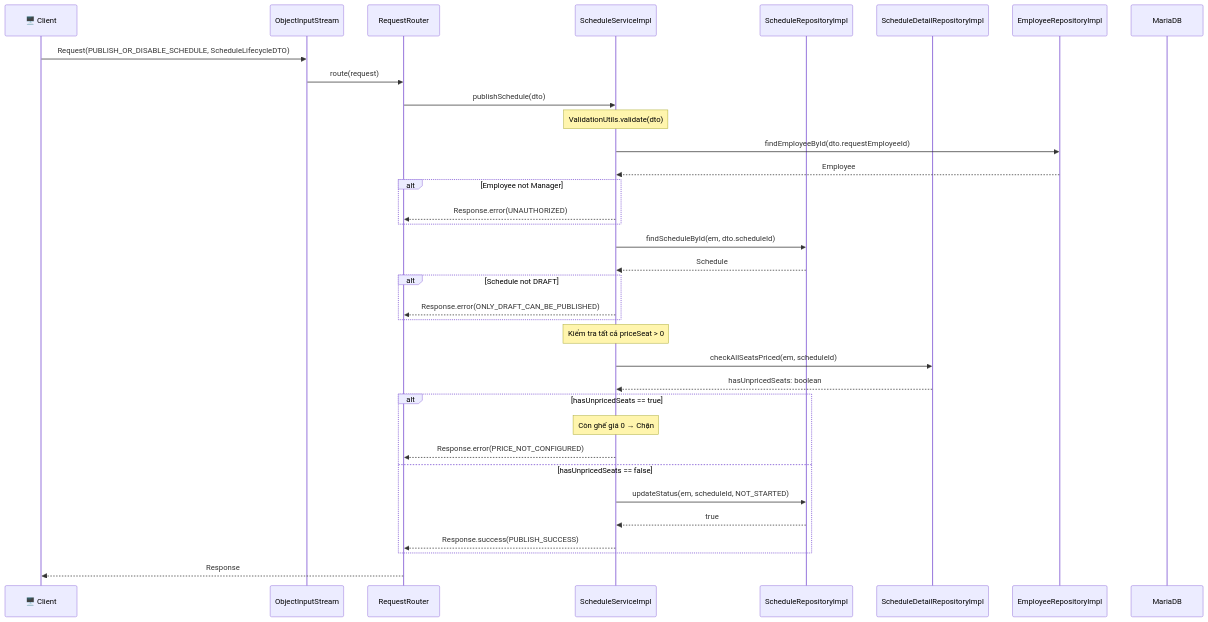
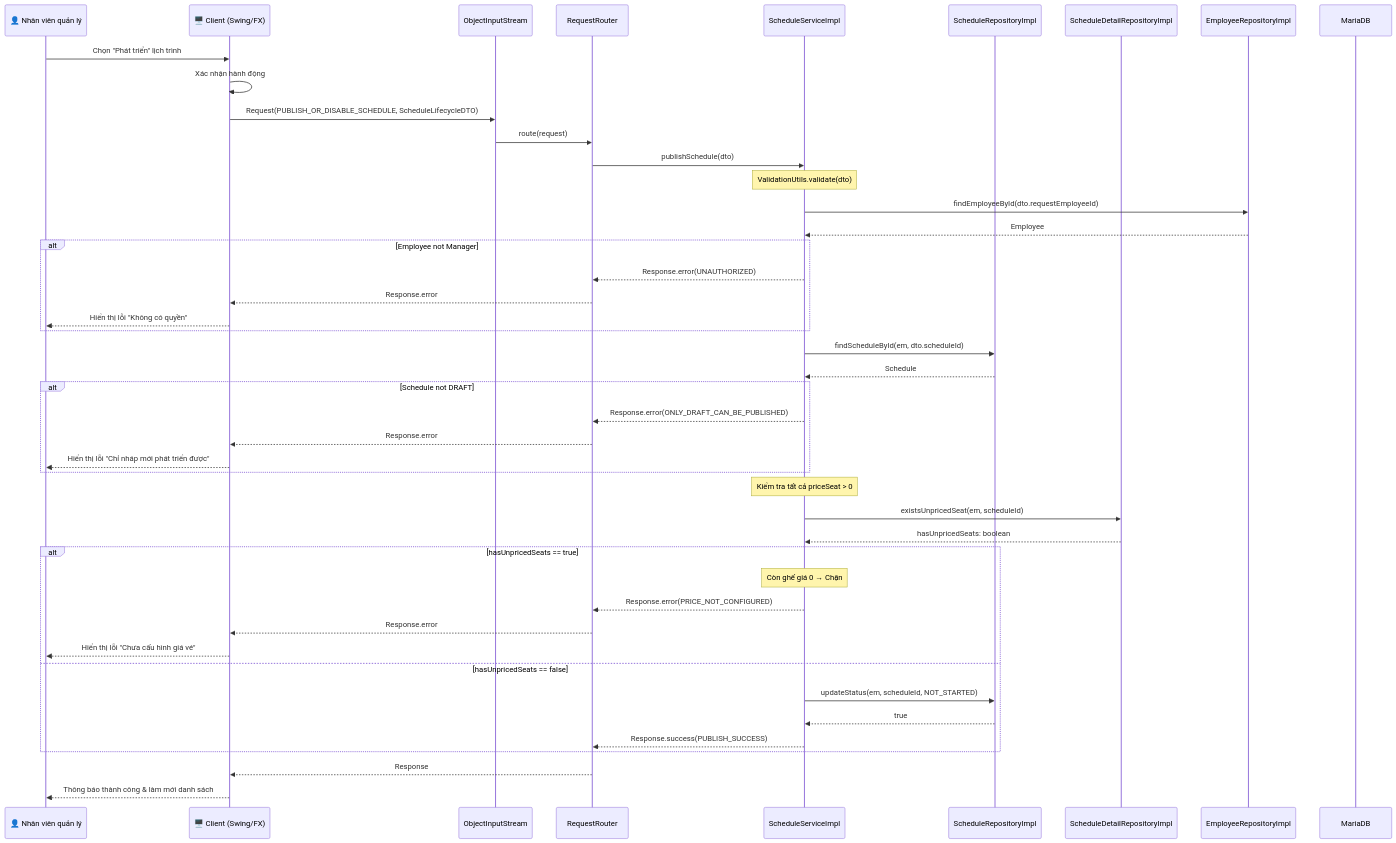
One commit to Distributed-Programing-Project/railway-reservation-system-server changed the third of 4 diagrams in docs/diagrams/sequence/uc008-vo-hieu-hoa-va-phat-trien-lich-trinh.md. Above: the diagram before and after it, drawn with Mermaid. The commit also changed other lines of this file, not shown here.

First line of the commit message:
fix(diagram): add User and UI layers to sequence diagrams, add response feedback

````diff
--- a/docs/diagrams/sequence/uc008-vo-hieu-hoa-va-phat-trien-lich-trinh.md
+++ b/docs/diagrams/sequence/uc008-vo-hieu-hoa-va-phat-trien-lich-trinh.md
@@ -129,45 +140,55 @@
 ```mermaid
 sequenceDiagram
-    participant Client as 🖥️ Client
+    participant User as 👤 Nhân viên quản lý
+    participant UI as 🖥️ Client (Swing/FX)
     participant OIS as ObjectInputStream
     participant RR as RequestRouter
     participant SS as ScheduleServiceImpl
     participant SR as ScheduleRepositoryImpl
     participant SDR as ScheduleDetailRepositoryImpl
     participant ER as EmployeeRepositoryImpl
     participant DB as MariaDB
 
-    Client->>OIS: Request(PUBLISH_OR_DISABLE_SCHEDULE, ScheduleLifecycleDTO)
+    User->>UI: Chọn "Phát triển" lịch trình
+    UI->>UI: Xác nhận hành động
+    UI->>OIS: Request(PUBLISH_OR_DISABLE_SCHEDULE, ScheduleLifecycleDTO)
     OIS->>RR: route(request)
     RR->>SS: publishSchedule(dto)
 
     Note over SS: ValidationUtils.validate(dto)
     SS->>ER: findEmployeeById(dto.requestEmployeeId)
     ER-->>SS: Employee
 
     alt Employee not Manager
         SS-->>RR: Response.error(UNAUTHORIZED)
+        RR-->>UI: Response.error
+        UI-->>User: Hiển thị lỗi "Không có quyền"
     end
 
     SS->>SR: findScheduleById(em, dto.scheduleId)
     SR-->>SS: Schedule
 
     alt Schedule not DRAFT
         SS-->>RR: Response.error(ONLY_DRAFT_CAN_BE_PUBLISHED)
+        RR-->>UI: Response.error
+        UI-->>User: Hiển thị lỗi "Chỉ nháp mới phát triển được"
     end
 
     Note over SS: Kiểm tra tất cả priceSeat > 0
-    SS->>SDR: checkAllSeatsPriced(em, scheduleId)
+    SS->>SDR: existsUnpricedSeat(em, scheduleId)
     SDR-->>SS: hasUnpricedSeats: boolean
 
     alt hasUnpricedSeats == true
         Note over SS: Còn ghế giá 0 → Chặn
         SS-->>RR: Response.error(PRICE_NOT_CONFIGURED)
+        RR-->>UI: Response.error
+        UI-->>User: Hiển thị lỗi "Chưa cấu hình giá vé"
     else hasUnpricedSeats == false
         SS->>SR: updateStatus(em, scheduleId, NOT_STARTED)
         SR-->>SS: true
         SS-->>RR: Response.success(PUBLISH_SUCCESS)
     end
 
-    RR-->>Client: Response
+    RR-->>UI: Response
+    UI-->>User: Thông báo thành công & làm mới danh sách
 ```
````
